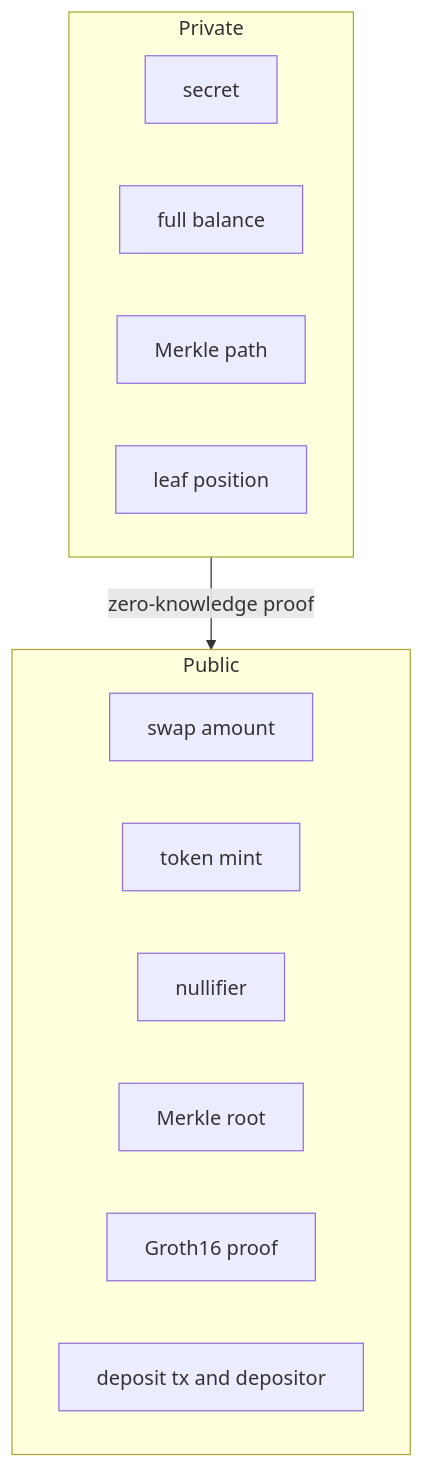
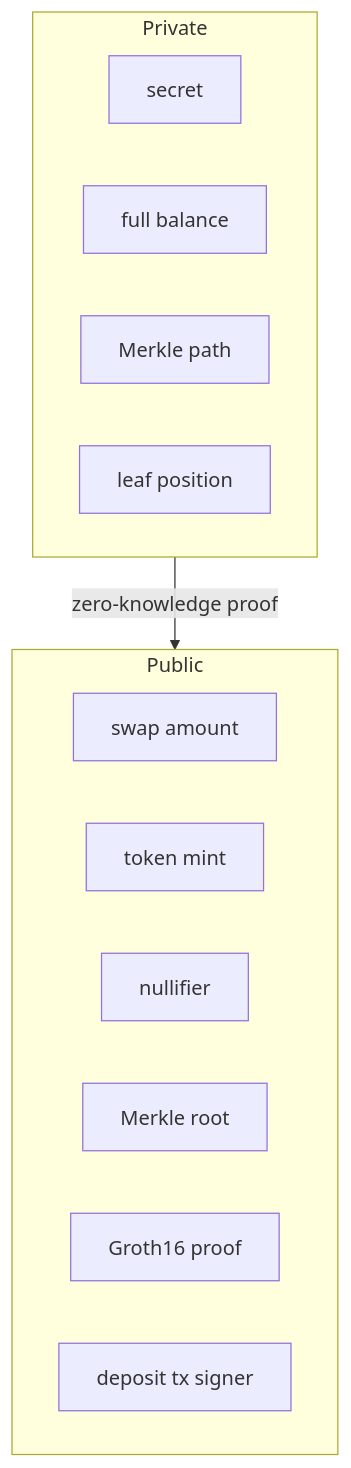
One commit to pprogrammingg/zk-spot-shield changed the seventh of 7 diagrams in docs/architecture.md. Above: the diagram before and after it, drawn with Mermaid. The commit also changed other lines of this file and 54 other files, not shown here.

````diff
--- a/docs/architecture.md
+++ b/docs/architecture.md
@@ -175,18 +176,18 @@
 ```mermaid
 flowchart TB
  subgraph privateSide [Private]
  Secret[secret]
  Balance[full balance]
  Path[Merkle path]
  Index[leaf position]
  end
  subgraph publicSide [Public]
  Amount[swap amount]
  Mint[token mint]
  Nullifier[nullifier]
  Root[Merkle root]
  Proof[Groth16 proof]
- DepositLink[deposit tx and depositor]
+ DepositLink[deposit tx signer]
  end
  privateSide -->|zero-knowledge proof| publicSide
 ```
````
